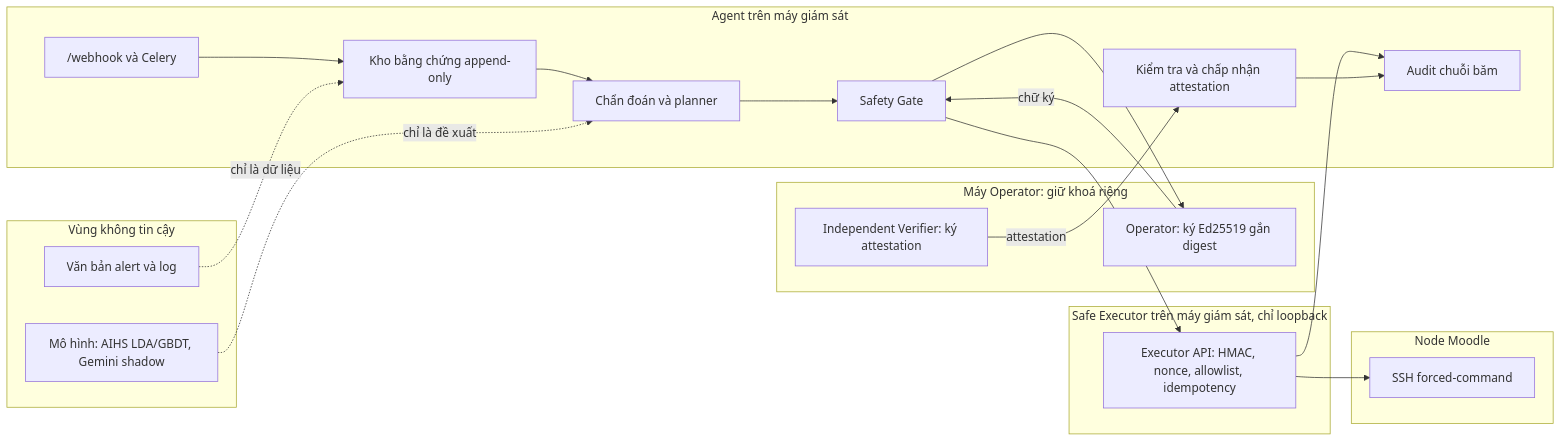
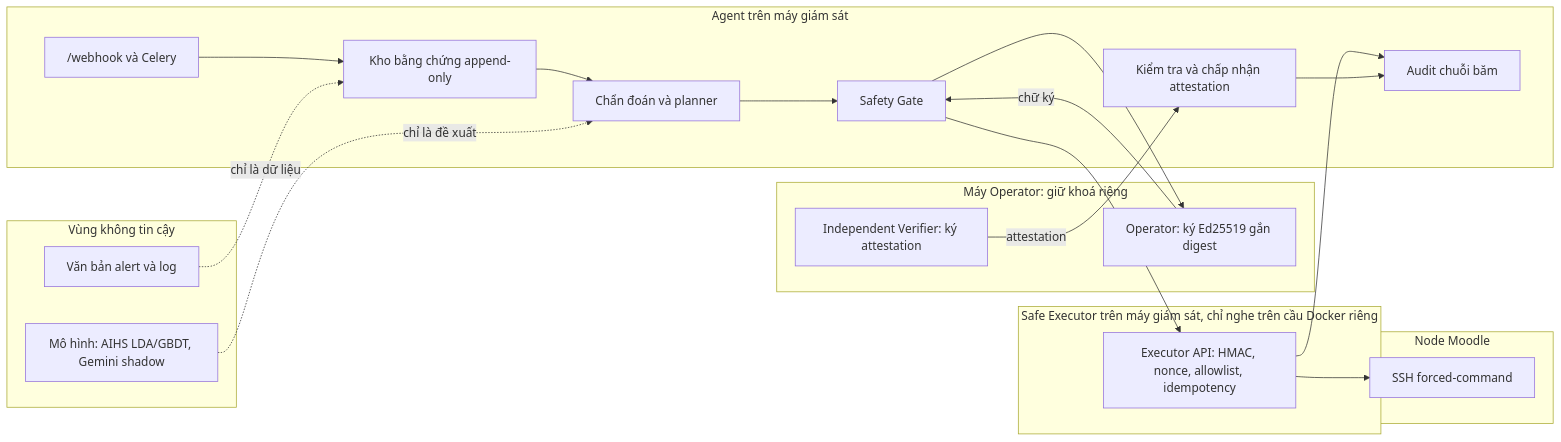
One commit to Benjaminnhnn/Building-a-safe-and-verifiable-AI-agent-framework-for-infrastructure-operations changed the third of 6 diagrams in thesis/chuong-3-thiet-ke.md. Above: the diagram before and after it, drawn with Mermaid. The commit also changed other lines of this file and 13 other files, not shown here.

````diff
--- a/thesis/chuong-3-thiet-ke.md
+++ b/thesis/chuong-3-thiet-ke.md
@@ -190,35 +194,35 @@
 ```mermaid
 flowchart LR
     subgraph unt["Vùng không tin cậy"]
         MOD["Mô hình: AIHS LDA/GBDT, Gemini shadow"]
         TXT["Văn bản alert và log"]
     end
     subgraph ag["Agent trên máy giám sát"]
         WH["/webhook và Celery"]
         EV["Kho bằng chứng append-only"]
         PL["Chẩn đoán và planner"]
         GT["Safety Gate"]
         AU["Audit chuỗi băm"]
         AC["Kiểm tra và chấp nhận attestation"]
     end
     subgraph opm["Máy Operator: giữ khoá riêng"]
         OP["Operator: ký Ed25519 gắn digest"]
         VF["Independent Verifier: ký attestation"]
     end
-    subgraph ex["Safe Executor trên máy giám sát, chỉ loopback"]
+    subgraph ex["Safe Executor trên máy giám sát, chỉ nghe trên cầu Docker riêng"]
         API["Executor API: HMAC, nonce, allowlist, idempotency"]
     end
     subgraph nd["Node Moodle"]
         FC["SSH forced-command"]
     end
     WH --> EV --> PL --> GT
     MOD -.->|"chỉ là đề xuất"| PL
     TXT -.->|"chỉ là dữ liệu"| EV
     GT --> OP
     OP -->|"chữ ký"| GT
     GT --> API
     API --> FC
     API --> AU
     VF -->|"attestation"| AC
     AC --> AU
 ```
````
